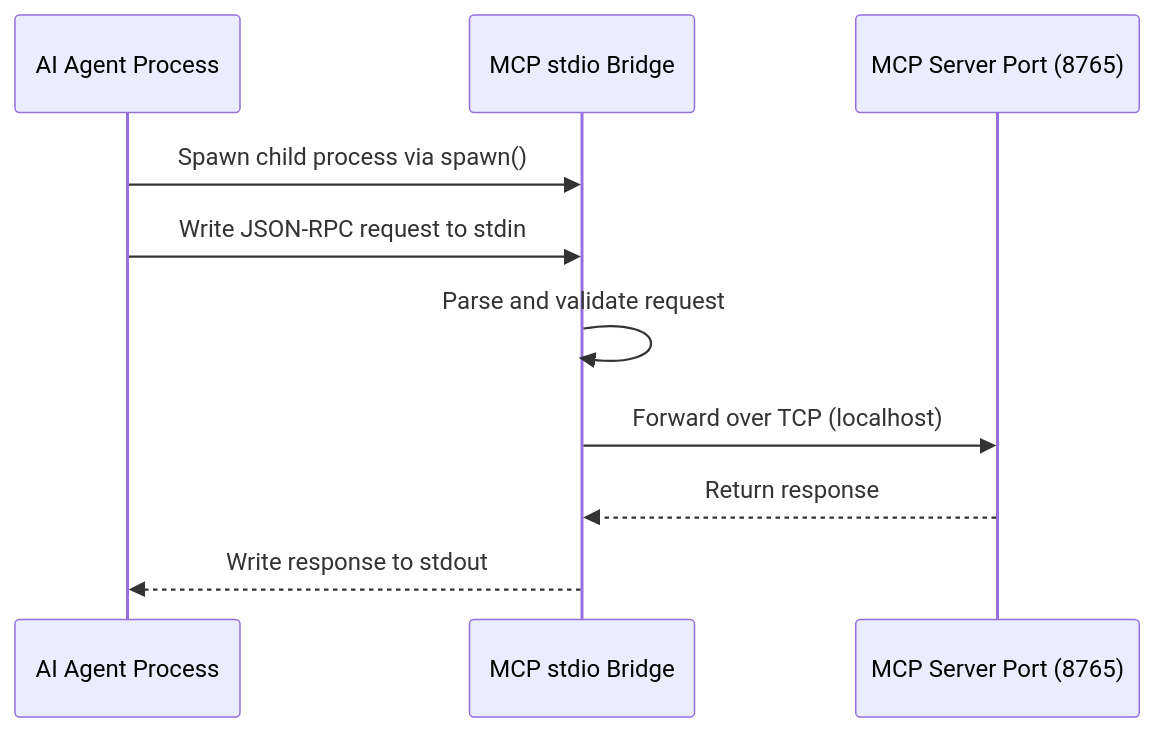
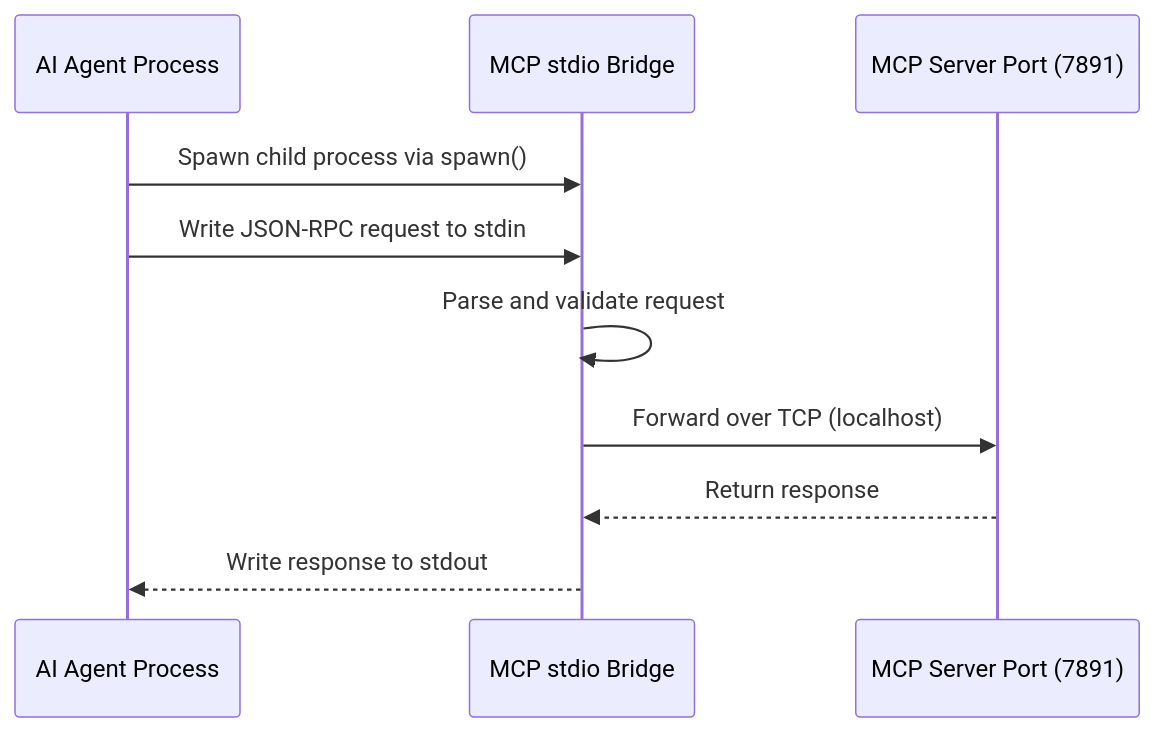
The second of 10 diagrams in docs/plan/research/tech_landscape.md (spwilson27/devs), drawn with Mermaid before and after one commit. The commit also changed other lines of this file and 795 other files, not shown here.

````diff
--- a/docs/plan/research/tech_landscape.md
+++ b/docs/plan/research/tech_landscape.md
@@ -108,13 +108,13 @@
 ```mermaid
 sequenceDiagram
     participant Agent as AI Agent Process
     participant Bridge as MCP stdio Bridge
-    participant Server as MCP Server Port (8765)
+    participant Server as MCP Server Port (7891)
     
     Agent->>Bridge: Spawn child process via spawn()
     Agent->>Bridge: Write JSON-RPC request to stdin
     Bridge->>Bridge: Parse and validate request
     Bridge->>Server: Forward over TCP (localhost)
     Server-->>Bridge: Return response
     Bridge-->>Agent: Write response to stdout
 ```
````
